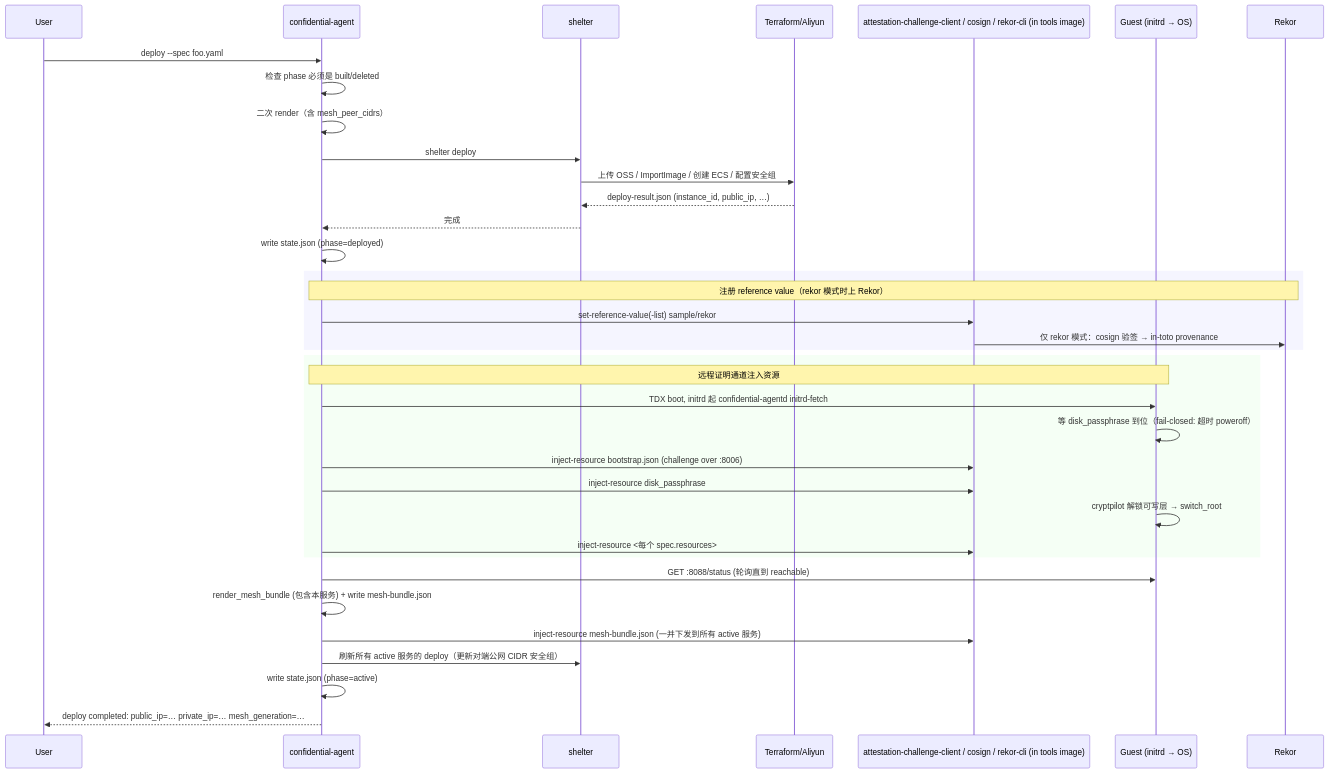
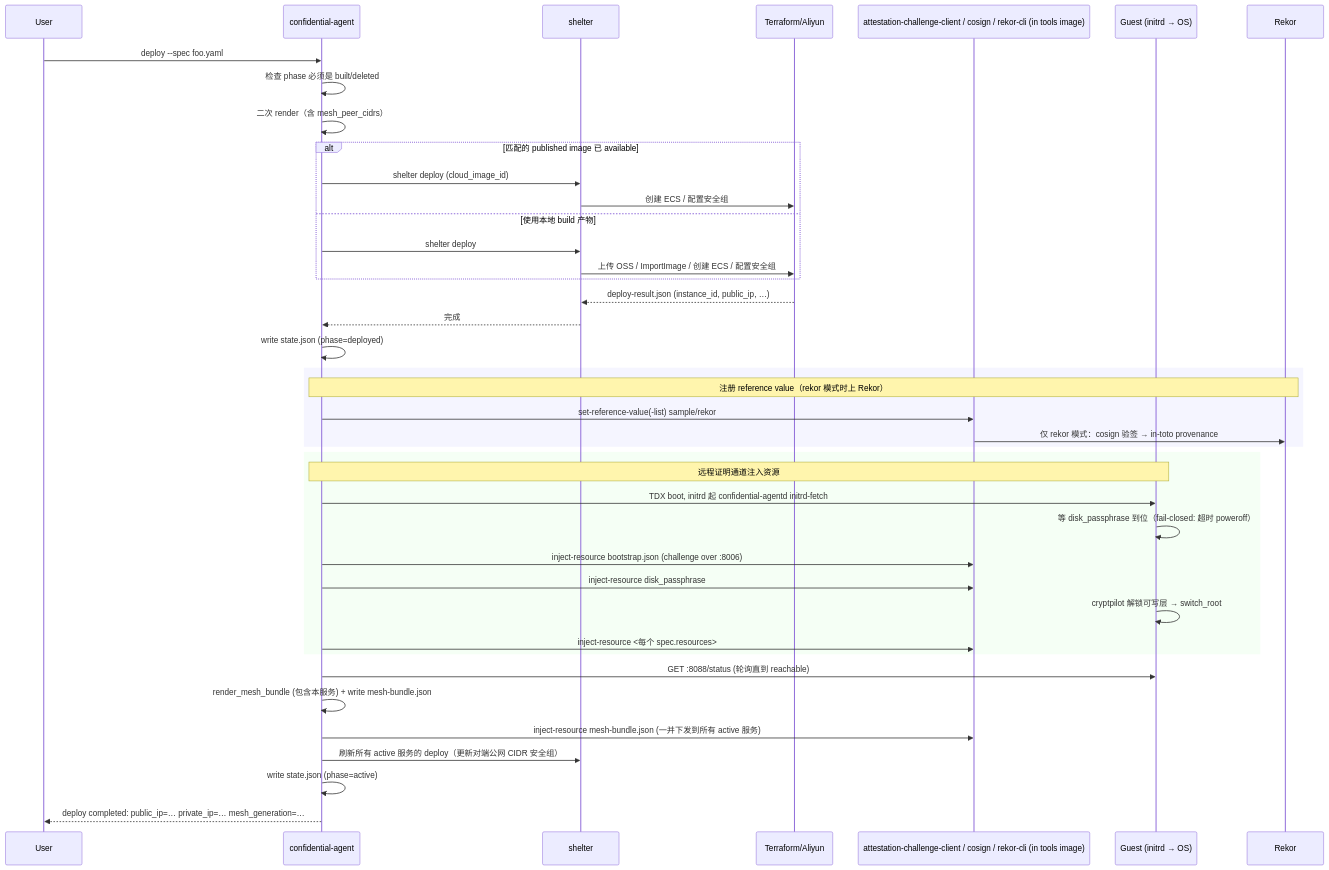
The fourth of 7 diagrams in docs/architecture.md (wdsun1008/confidential-agent), drawn with Mermaid before and after one commit. The commit also changed other lines of this file and 16 other files, not shown here.

````diff
--- a/docs/architecture.md
+++ b/docs/architecture.md
@@ -96,42 +96,47 @@
 ```mermaid
 sequenceDiagram
     participant U as User
     participant CLI as confidential-agent
     participant SHB as shelter
     participant TF as Terraform/Aliyun
     participant ACC as attestation-challenge-client / cosign / rekor-cli (in tools image)
     participant G as Guest (initrd → OS)
     participant Rekor as Rekor
 
     U->>CLI: deploy --spec foo.yaml
     CLI->>CLI: 检查 phase 必须是 built/deleted
     CLI->>CLI: 二次 render（含 mesh_peer_cidrs）
-    CLI->>SHB: shelter deploy
-    SHB->>TF: 上传 OSS / ImportImage / 创建 ECS / 配置安全组
+    alt 匹配的 published image 已 available
+        CLI->>SHB: shelter deploy (cloud_image_id)
+        SHB->>TF: 创建 ECS / 配置安全组
+    else 使用本地 build 产物
+        CLI->>SHB: shelter deploy
+        SHB->>TF: 上传 OSS / ImportImage / 创建 ECS / 配置安全组
+    end
     TF-->>SHB: deploy-result.json (instance_id, public_ip, …)
     SHB-->>CLI: 完成
     CLI->>CLI: write state.json (phase=deployed)
 
     rect rgb(245,245,255)
     note over CLI,Rekor: 注册 reference value（rekor 模式时上 Rekor）
     CLI->>ACC: set-reference-value(-list) sample/rekor
     ACC->>Rekor: 仅 rekor 模式：cosign 验签 → in-toto provenance
     end
 
     rect rgb(245,255,245)
     note over CLI,G: 远程证明通道注入资源
     CLI->>G: TDX boot, initrd 起 confidential-agentd initrd-fetch
     G->>G: 等 disk_passphrase 到位（fail-closed: 超时 poweroff）
     CLI->>ACC: inject-resource bootstrap.json (challenge over :8006)
     CLI->>ACC: inject-resource disk_passphrase
     G->>G: cryptpilot 解锁可写层 → switch_root
     CLI->>ACC: inject-resource <每个 spec.resources>
     end
 
     CLI->>G: GET :8088/status (轮询直到 reachable)
     CLI->>CLI: render_mesh_bundle (包含本服务) + write mesh-bundle.json
     CLI->>ACC: inject-resource mesh-bundle.json (一并下发到所有 active 服务)
     CLI->>SHB: 刷新所有 active 服务的 deploy（更新对端公网 CIDR 安全组）
     CLI->>CLI: write state.json (phase=active)
     CLI-->>U: deploy completed: public_ip=… private_ip=… mesh_generation=…
 ```
````
